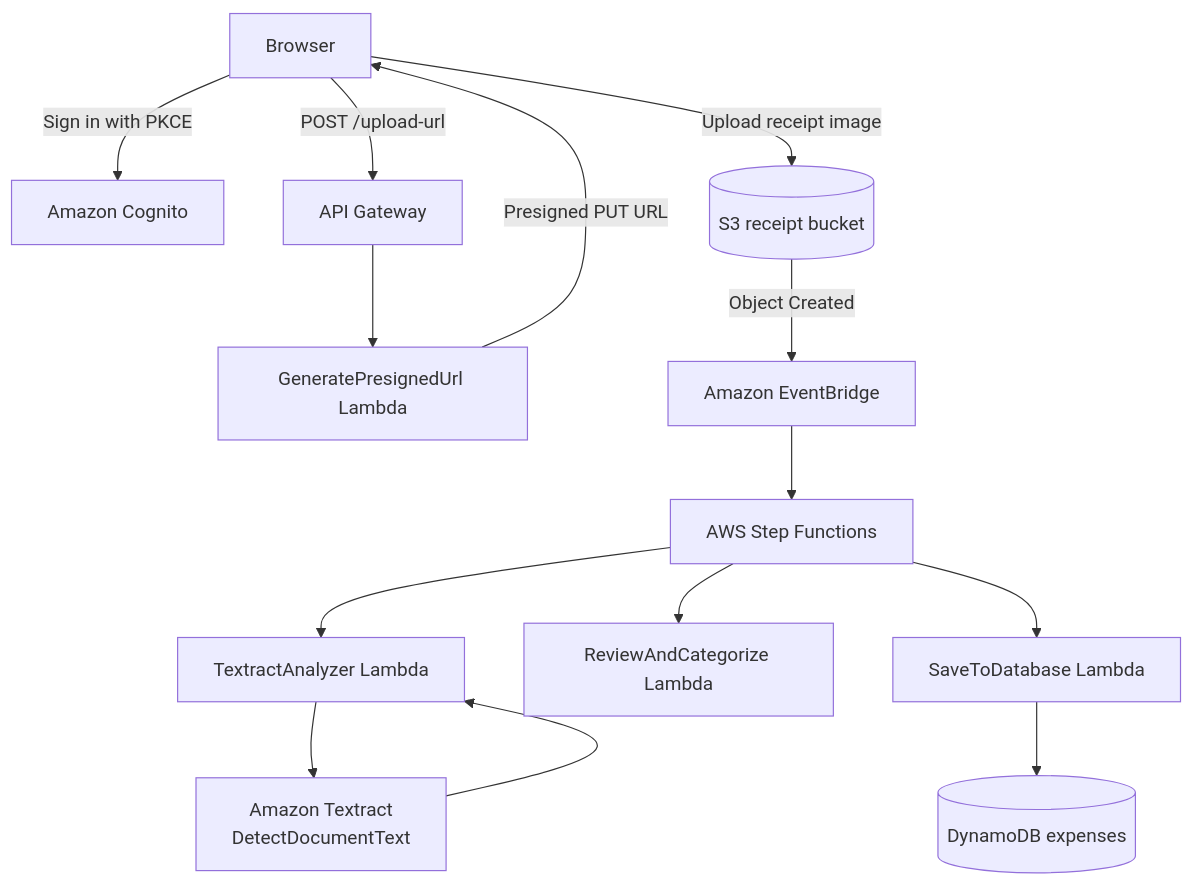
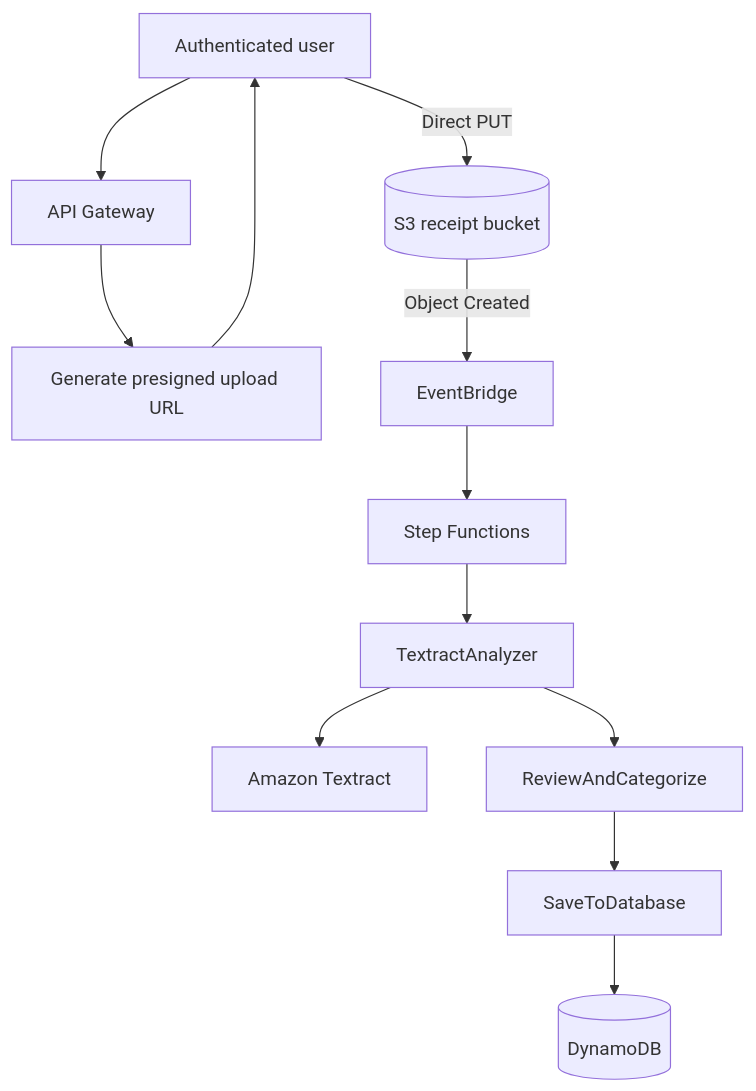
Before and after one commit to SahilBh01r1769/serverless-receipt-processor: the first of 2 diagrams in README.md, drawn with Mermaid. The commit also changed other lines of this file, not shown here.

Commit message:
docs: restructure README around demo, architecture and deployment

````diff
--- a/README.md
+++ b/README.md
@@ -32,16 +21,14 @@
 ```mermaid
 flowchart TD
-    U[Browser] -->|Sign in with PKCE| COG[Amazon Cognito]
-    U -->|POST /upload-url| API[API Gateway]
-    API --> PRE[GeneratePresignedUrl Lambda]
-    PRE -->|Presigned PUT URL| U
-    U -->|Upload receipt image| S3[(S3 receipt bucket)]
-    S3 -->|Object Created| EB[Amazon EventBridge]
-    EB --> SF[AWS Step Functions]
-    SF --> TEX[TextractAnalyzer Lambda]
-    TEX --> OCR[Amazon Textract<br/>DetectDocumentText]
-    OCR --> TEX
-    SF --> PARSE[ReviewAndCategorize Lambda]
-    SF --> SAVE[SaveToDatabase Lambda]
-    SAVE --> DB[(DynamoDB expenses)]
+    U[Authenticated user] --> API[API Gateway]
+    API --> PRE[Generate presigned upload URL]
+    PRE --> U
+    U -->|Direct PUT| S3[(S3 receipt bucket)]
+    S3 -->|Object Created| EB[EventBridge]
+    EB --> SF[Step Functions]
+    SF --> T[TextractAnalyzer]
+    T --> OCR[Amazon Textract]
+    T --> P[ReviewAndCategorize]
+    P --> D[SaveToDatabase]
+    D --> DB[(DynamoDB)]
 ```
````
